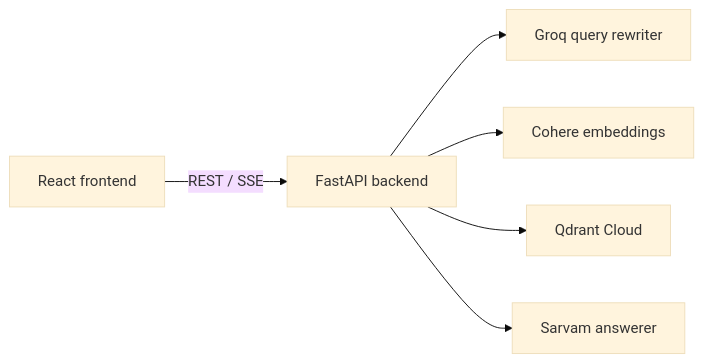
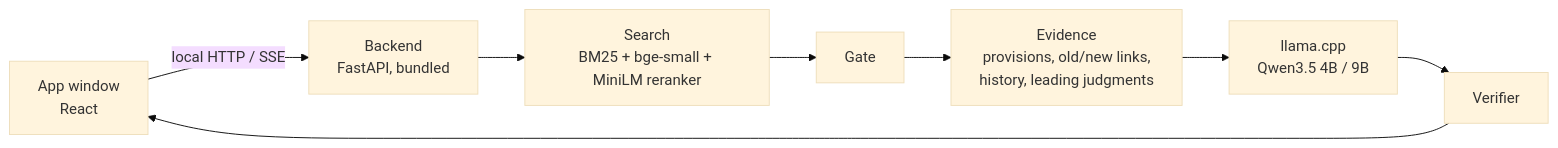
The diagram in README.md (sarthak213/ParAILegal), drawn with Mermaid (base theme) before and after one commit. The commit also changed other lines of this file, not shown here.

First line of the commit message:
README: describe the offline desktop app

````diff
--- a/README.md
+++ b/README.md
@@ -48,8 +72,10 @@
 ```mermaid
 flowchart LR
-    UI[React frontend] -- "REST / SSE" --> API[FastAPI backend]
-    API --> Groq[Groq query rewriter]
-    API --> Cohere[Cohere embeddings]
-    API --> Qdrant[Qdrant Cloud]
-    API --> Sarvam[Sarvam answerer]
+    UI[App window<br/>React] -- "local HTTP / SSE" --> API[Backend<br/>FastAPI, bundled]
+    API --> Search[Search<br/>BM25 + bge-small + MiniLM reranker]
+    Search --> Gate[Gate]
+    Gate --> Evidence[Evidence<br/>provisions, old/new links,<br/>history, leading judgments]
+    Evidence --> LLM[llama.cpp<br/>Qwen3.5 4B / 9B]
+    LLM --> Verify[Verifier]
+    Verify --> UI
 ```
````
